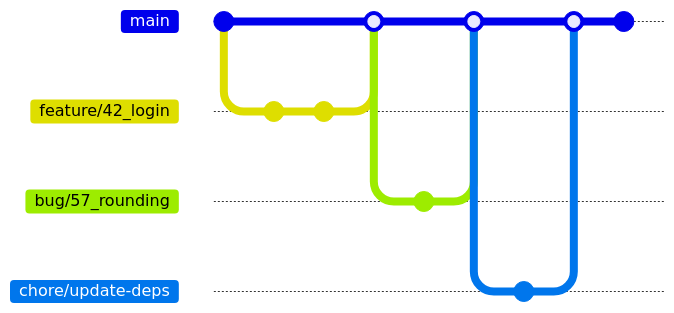
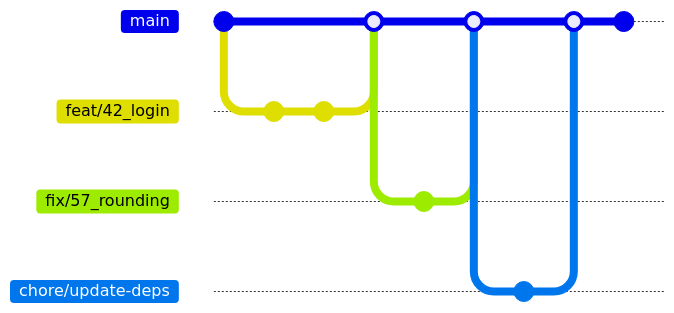
Before and after one commit to lucadallavalle/agentfiles: the diagram in docs/documentation/source_control.md, drawn with Mermaid. The commit also changed other lines of this file and 1 other file, not shown here. Commit ids are hidden.

Commit message:
docs: branch types follow Conventional Commits

````diff
--- a/docs/documentation/source_control.md
+++ b/docs/documentation/source_control.md
@@ -20,18 +20,18 @@
 ```mermaid
 gitGraph
     commit
-    branch feature/42_login
+    branch feat/42_login
     commit
     commit
     checkout main
-    merge feature/42_login id: "PR #43"
-    branch bug/57_rounding
+    merge feat/42_login id: "PR #43"
+    branch fix/57_rounding
     commit
     checkout main
-    merge bug/57_rounding id: "PR #58"
+    merge fix/57_rounding id: "PR #58"
     branch chore/update-deps
     commit
     checkout main
     merge chore/update-deps id: "PR #59"
     commit
 ```
````
